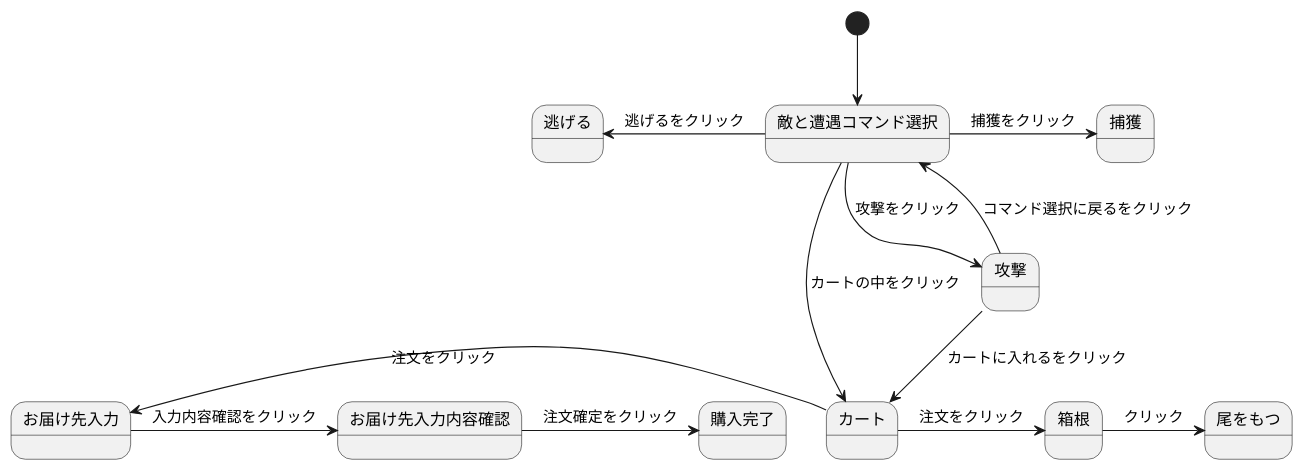
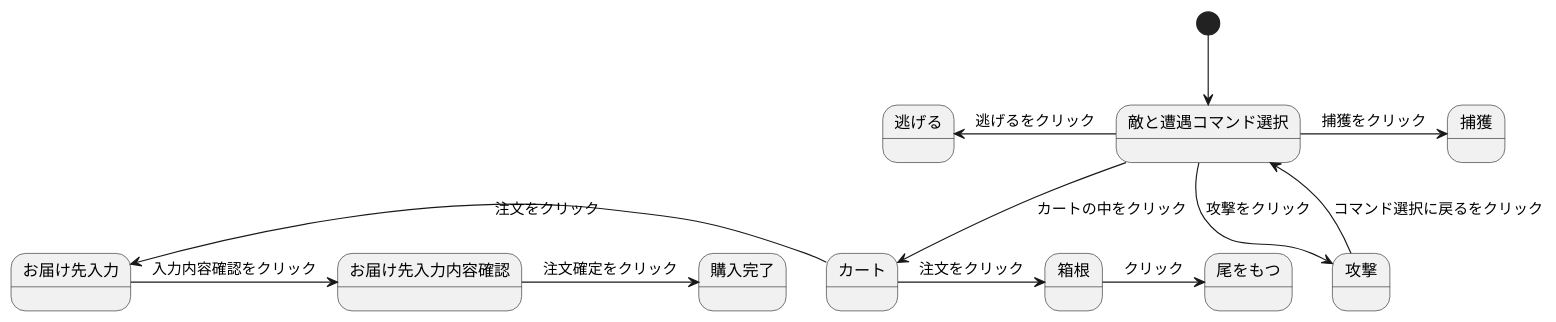
One commit to Aso2001196/2021sys-design changed the diagram in stm01.md. Above: the diagram before and after it, drawn with PlantUML.

````diff
--- a/stm01.md
+++ b/stm01.md
@@ -1,16 +1,15 @@
 ```uml
 @startuml
 [*]--> 敵と遭遇コマンド選択
 敵と遭遇コマンド選択 -> 捕獲 : 捕獲をクリック
 敵と遭遇コマンド選択-left-> 逃げる : 逃げるをクリック
 敵と遭遇コマンド選択--> 攻撃 : 攻撃をクリック
 敵と遭遇コマンド選択--> カート : カートの中をクリック
-攻撃 --> カート : カートに入れるをクリック
 攻撃 --> 敵と遭遇コマンド選択: コマンド選択に戻るをクリック
 カート -> 箱根 : 注文をクリック
 箱根 -> 尾をもつ : クリック
 カート -left-> お届け先入力 : 注文をクリック
 お届け先入力 -> お届け先入力内容確認 : 入力内容確認をクリック
 お届け先入力内容確認 -> 購入完了 : 注文確定をクリック
 @enduml
 ```
````
